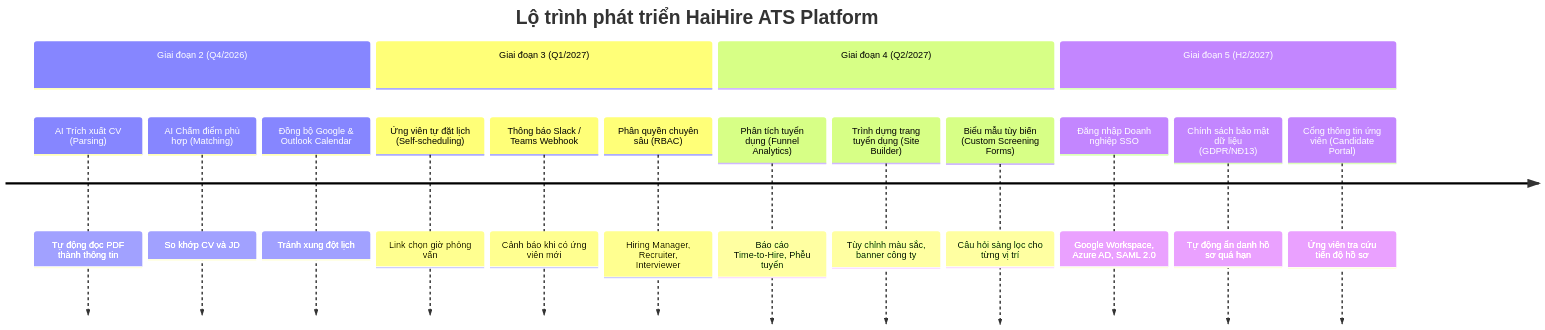
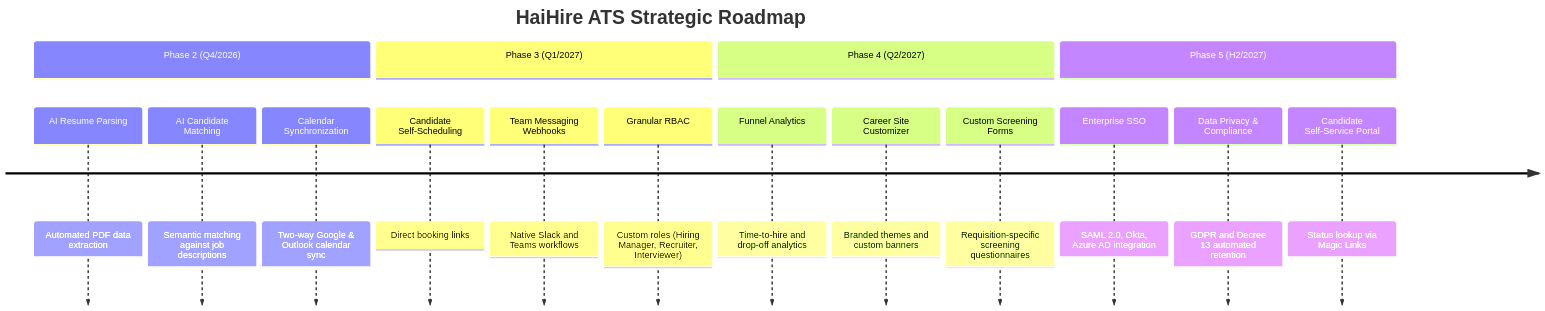
Before and after one commit to ntuan2502/haihire: the diagram in docs/ROADMAP.md, drawn with Mermaid. The commit also changed other lines of this file and 58 other files, not shown here.

````diff
--- a/docs/ROADMAP.md
+++ b/docs/ROADMAP.md
@@ -126,20 +114,20 @@
 ```mermaid
 timeline
-    title Lộ trình phát triển HaiHire ATS Platform
-    section Giai đoạn 2 (Q4/2026)
-        AI Trích xuất CV (Parsing) : Tự động đọc PDF thành thông tin
-        AI Chấm điểm phù hợp (Matching) : So khớp CV và JD
-        Đồng bộ Google & Outlook Calendar : Tránh xung đột lịch
-    section Giai đoạn 3 (Q1/2027)
-        Ứng viên tự đặt lịch (Self-scheduling) : Link chọn giờ phỏng vấn
-        Thông báo Slack / Teams Webhook : Cảnh báo khi có ứng viên mới
-        Phân quyền chuyên sâu (RBAC) : Hiring Manager, Recruiter, Interviewer
-    section Giai đoạn 4 (Q2/2027)
-        Phân tích tuyển dụng (Funnel Analytics) : Báo cáo Time-to-Hire, Phễu tuyển
-        Trình dựng trang tuyển dụng (Site Builder) : Tùy chỉnh màu sắc, banner công ty
-        Biểu mẫu tùy biến (Custom Screening Forms) : Câu hỏi sàng lọc cho từng vị trí
-    section Giai đoạn 5 (H2/2027)
-        Đăng nhập Doanh nghiệp SSO : Google Workspace, Azure AD, SAML 2.0
-        Chính sách bảo mật dữ liệu (GDPR/NĐ13) : Tự động ẩn danh hồ sơ quá hạn
-        Cổng thông tin ứng viên (Candidate Portal) : Ứng viên tra cứu tiến độ hồ sơ
+    title HaiHire ATS Strategic Roadmap
+    section Phase 2 (Q4/2026)
+        AI Resume Parsing : Automated PDF data extraction
+        AI Candidate Matching : Semantic matching against job descriptions
+        Calendar Synchronization : Two-way Google & Outlook calendar sync
+    section Phase 3 (Q1/2027)
+        Candidate Self-Scheduling : Direct booking links
+        Team Messaging Webhooks : Native Slack and Teams workflows
+        Granular RBAC : Custom roles (Hiring Manager, Recruiter, Interviewer)
+    section Phase 4 (Q2/2027)
+        Funnel Analytics : Time-to-hire and drop-off analytics
+        Career Site Customizer : Branded themes and custom banners
+        Custom Screening Forms : Requisition-specific screening questionnaires
+    section Phase 5 (H2/2027)
+        Enterprise SSO : SAML 2.0, Okta, Azure AD integration
+        Data Privacy & Compliance : GDPR and Decree 13 automated retention
+        Candidate Self-Service Portal : Status lookup via Magic Links
 ```
````
